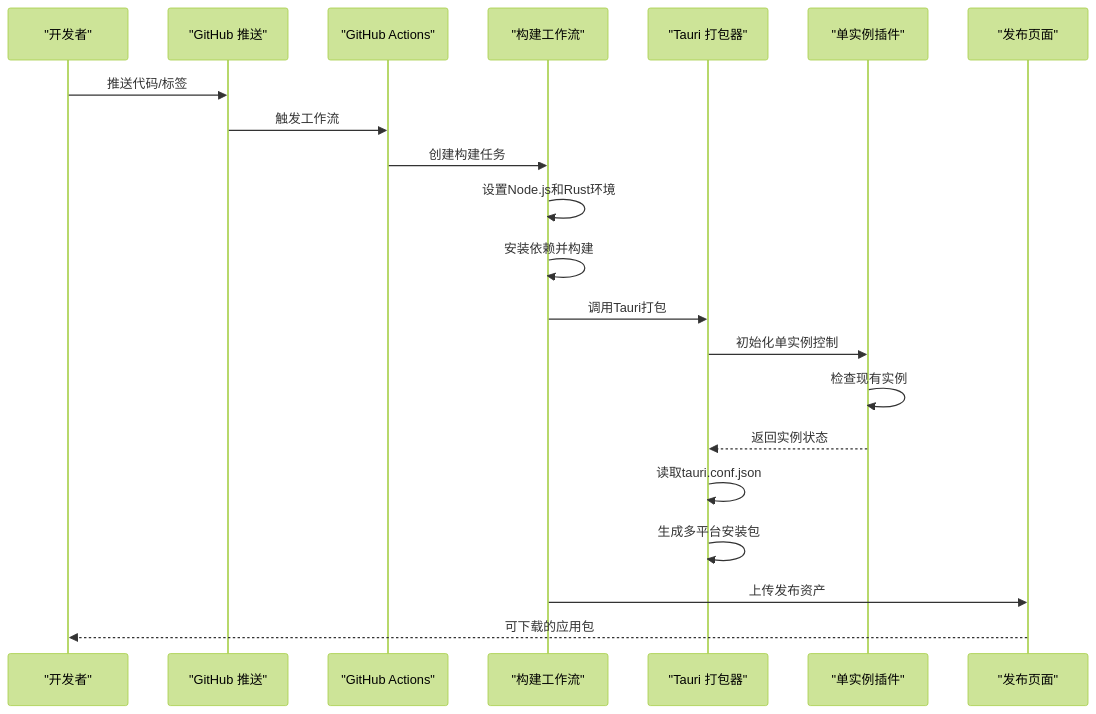
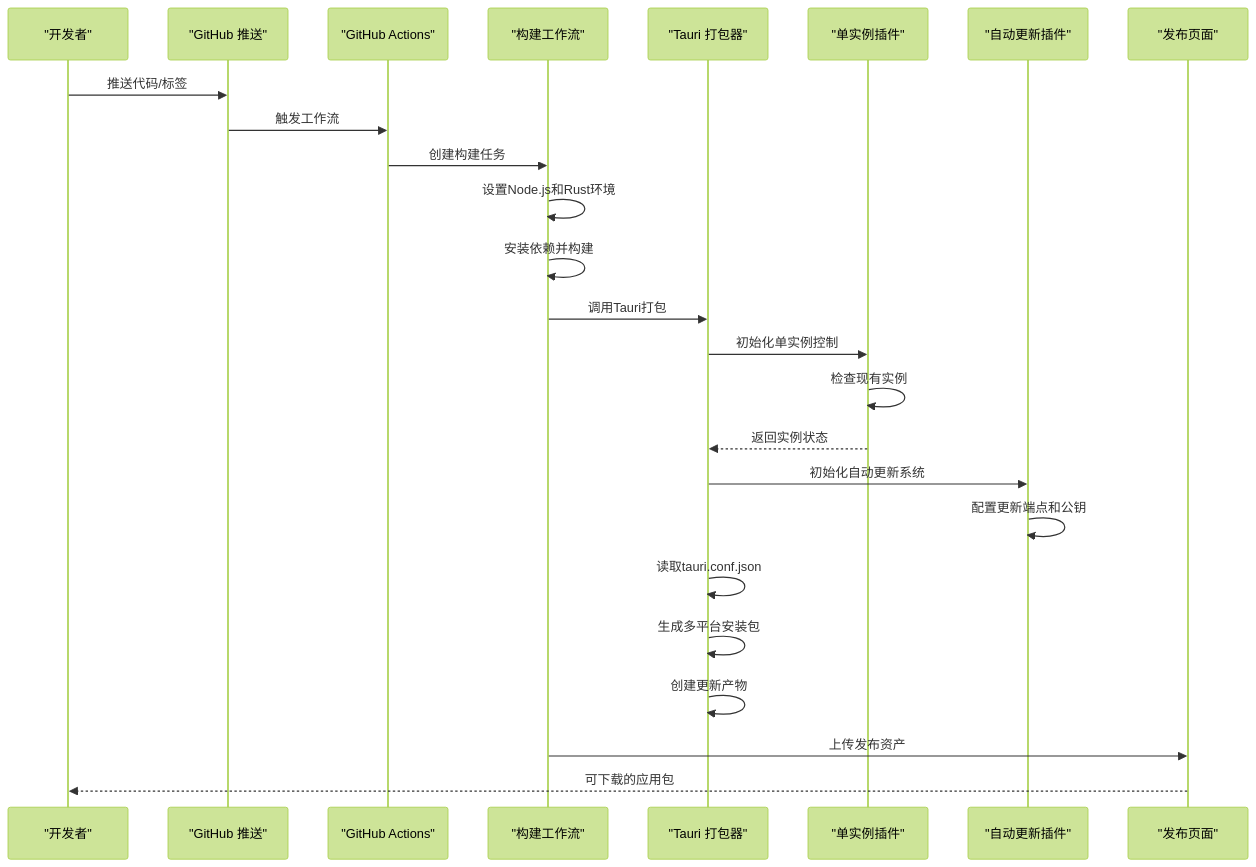
Before and after one commit to xdongliang/IPSwitcher: the second of 3 diagrams in .qoder/repowiki/zh/content/部署指南.md, drawn with Mermaid (forest theme). The commit also changed other lines of this file and 7 other files, not shown here.

````diff
--- a/.qoder/repowiki/zh/content/部署指南.md
+++ b/.qoder/repowiki/zh/content/部署指南.md
@@ -135,23 +146,27 @@
 ```mermaid
 sequenceDiagram
 participant Dev as "开发者"
 participant GitHub as "GitHub 推送"
 participant Actions as "GitHub Actions"
 participant Workflow as "构建工作流"
 participant Tauri as "Tauri 打包器"
 participant SingleInstance as "单实例插件"
+participant Updater as "自动更新插件"
 participant Release as "发布页面"
 Dev->>GitHub : 推送代码/标签
 GitHub->>Actions : 触发工作流
 Actions->>Workflow : 创建构建任务
 Workflow->>Workflow : 设置Node.js和Rust环境
 Workflow->>Workflow : 安装依赖并构建
 Workflow->>Tauri : 调用Tauri打包
 Tauri->>SingleInstance : 初始化单实例控制
 SingleInstance->>SingleInstance : 检查现有实例
 SingleInstance-->>Tauri : 返回实例状态
+Tauri->>Updater : 初始化自动更新系统
+Updater->>Updater : 配置更新端点和公钥
 Tauri->>Tauri : 读取tauri.conf.json
 Tauri->>Tauri : 生成多平台安装包
+Tauri->>Tauri : 创建更新产物
 Workflow->>Release : 上传发布资产
 Release-->>Dev : 可下载的应用包
 ```
````
